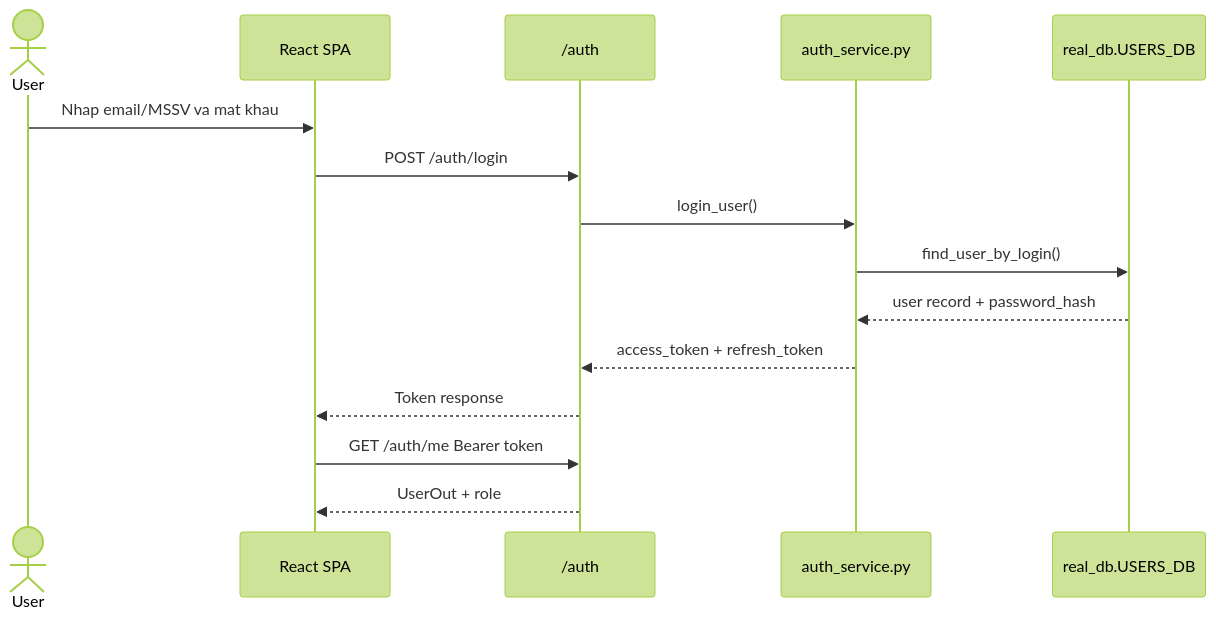
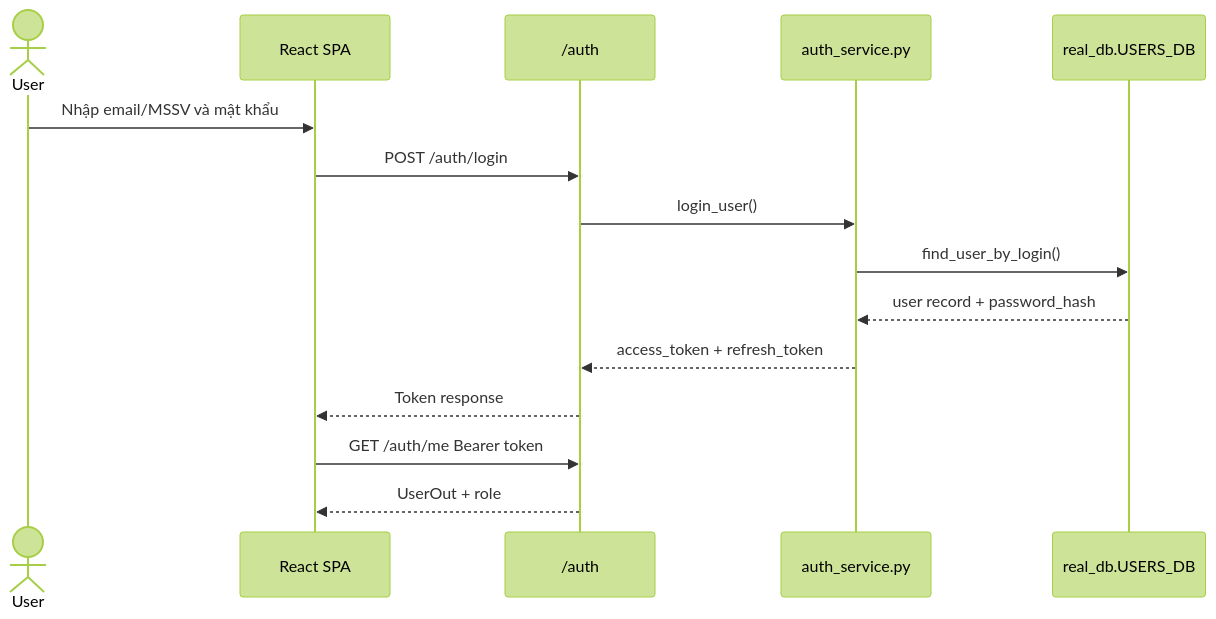
Before and after one commit to mangcutxinh/Smart-GPA: the third of 8 diagrams in proposal.md, drawn with Mermaid (forest theme). The commit also changed other lines of this file, not shown here.

````diff
--- a/proposal.md
+++ b/proposal.md
@@ -190,18 +190,18 @@
 ```mermaid
 sequenceDiagram
     actor User
     participant FE as React SPA
     participant Auth as /auth
     participant AuthSvc as auth_service.py
     participant DB as real_db.USERS_DB
 
-    User->>FE: Nhap email/MSSV va mat khau
+    User->>FE: Nhập email/MSSV và mật khẩu
     FE->>Auth: POST /auth/login
     Auth->>AuthSvc: login_user()
     AuthSvc->>DB: find_user_by_login()
     DB-->>AuthSvc: user record + password_hash
     AuthSvc-->>Auth: access_token + refresh_token
     Auth-->>FE: Token response
     FE->>Auth: GET /auth/me Bearer token
     Auth-->>FE: UserOut + role
 ```
````
